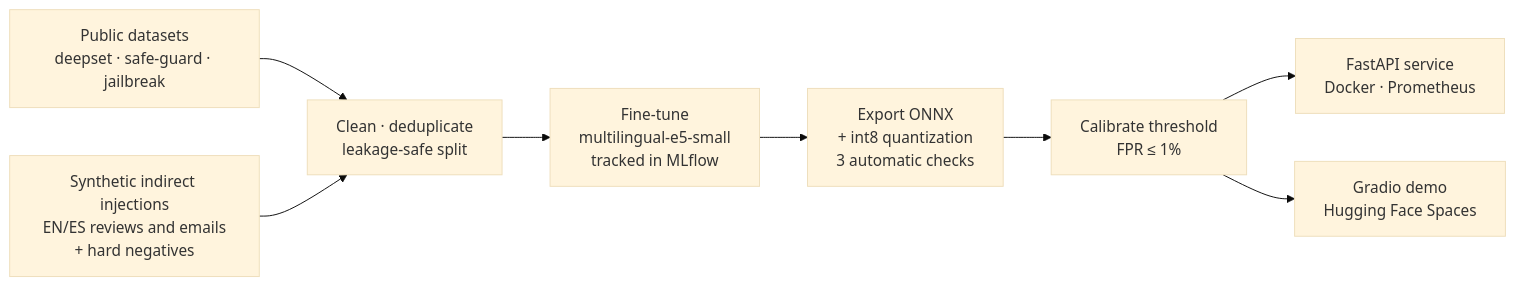
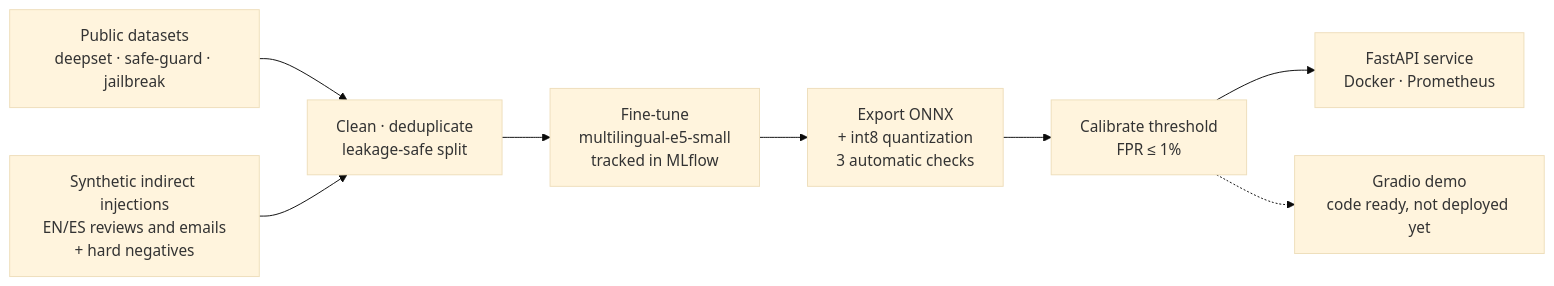
Before and after one commit to FernandoSuarezzz/sentinel: the diagram in README.md, drawn with Mermaid (base theme). The commit also changed other lines of this file, not shown here.

First line of the commit message:
README: mark the Gradio demo as not deployed yet

````diff
--- a/README.md
+++ b/README.md
@@ -104,10 +102,10 @@
 ```mermaid
 flowchart LR
     A[Public datasets<br/>deepset · safe-guard · jailbreak] --> C
     B[Synthetic indirect injections<br/>EN/ES reviews and emails<br/>+ hard negatives] --> C
     C[Clean · deduplicate<br/>leakage-safe split] --> D[Fine-tune<br/>multilingual-e5-small<br/>tracked in MLflow]
     D --> E[Export ONNX<br/>+ int8 quantization<br/>3 automatic checks]
     E --> F[Calibrate threshold<br/>FPR ≤ 1%]
     F --> G[FastAPI service<br/>Docker · Prometheus]
-    F --> H[Gradio demo<br/>Hugging Face Spaces]
+    F -.-> H[Gradio demo<br/>code ready, not deployed yet]
 ```
````
